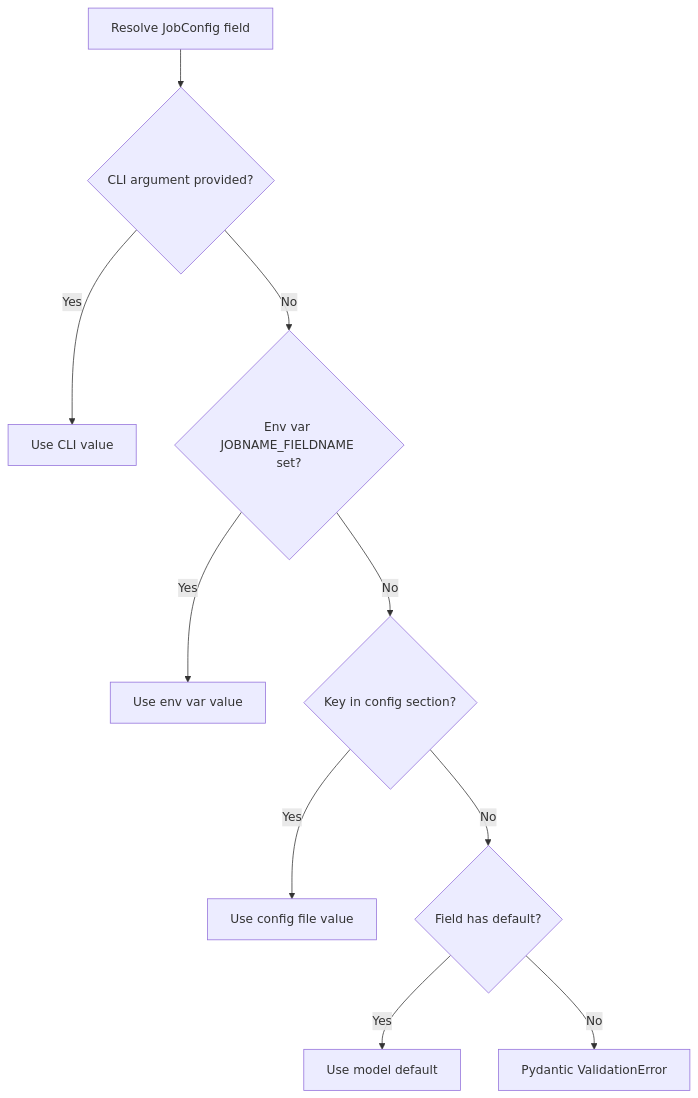
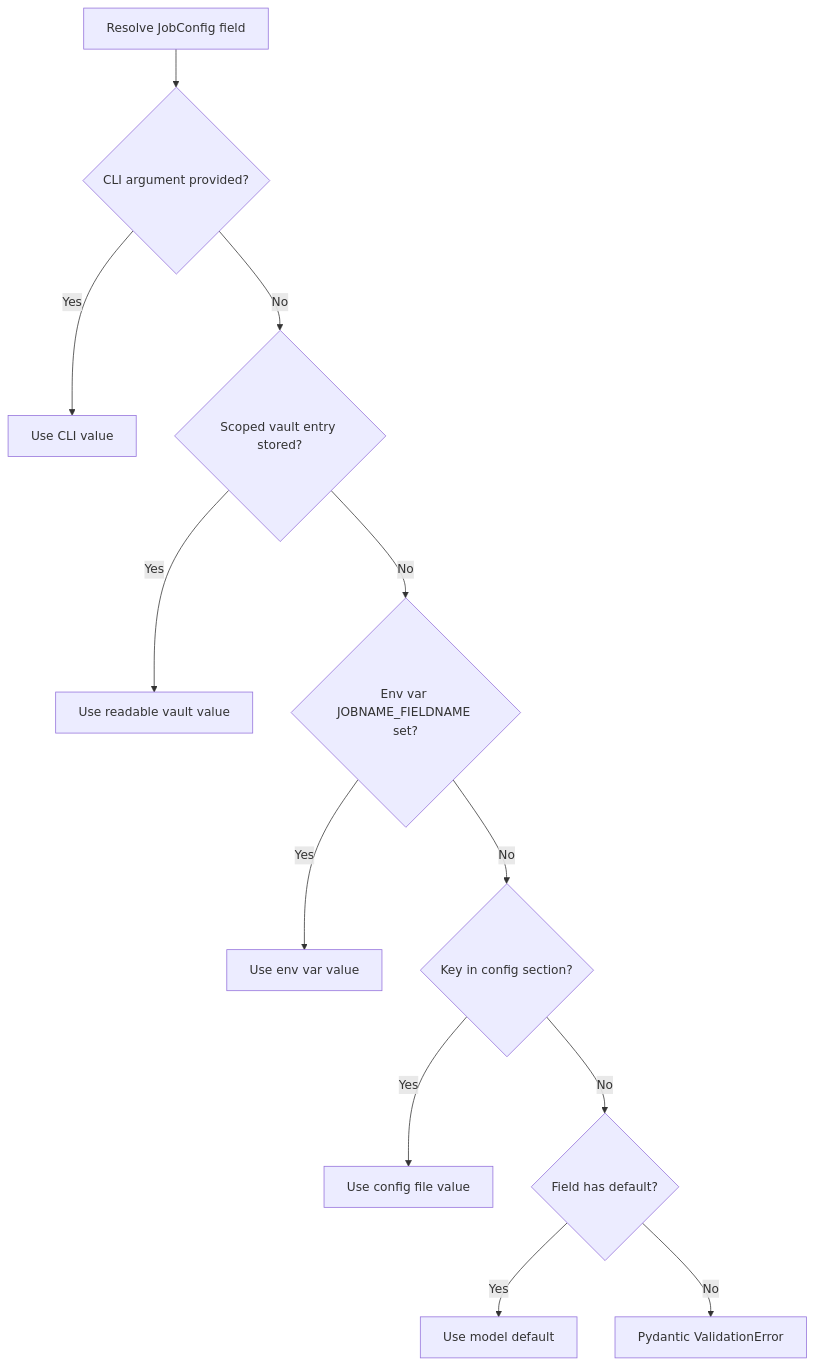
One commit to raicing-ai/functualize changed the third of 4 diagrams in docs/guides/configuration.md. Above: the diagram before and after it, drawn with Mermaid. The commit also changed other lines of this file and 14 other files, not shown here.

Commit message:
docs(vault): document scoped secrets and precedence

````diff
--- a/docs/guides/configuration.md
+++ b/docs/guides/configuration.md
@@ -344,12 +345,14 @@
 ```mermaid
 flowchart TD
     A[Resolve JobConfig field] --> B{CLI argument provided?}
     B -->|Yes| C[Use CLI value]
-    B -->|No| D{Env var JOBNAME_FIELDNAME set?}
+    B -->|No| V{Scoped vault entry stored?}
+    V -->|Yes| W[Use readable vault value]
+    V -->|No| D{Env var JOBNAME_FIELDNAME set?}
     D -->|Yes| E[Use env var value]
     D -->|No| F{Key in config section?}
     F -->|Yes| G[Use config file value]
     F -->|No| H{Field has default?}
     H -->|Yes| I[Use model default]
     H -->|No| J[Pydantic ValidationError]
 ```
````
